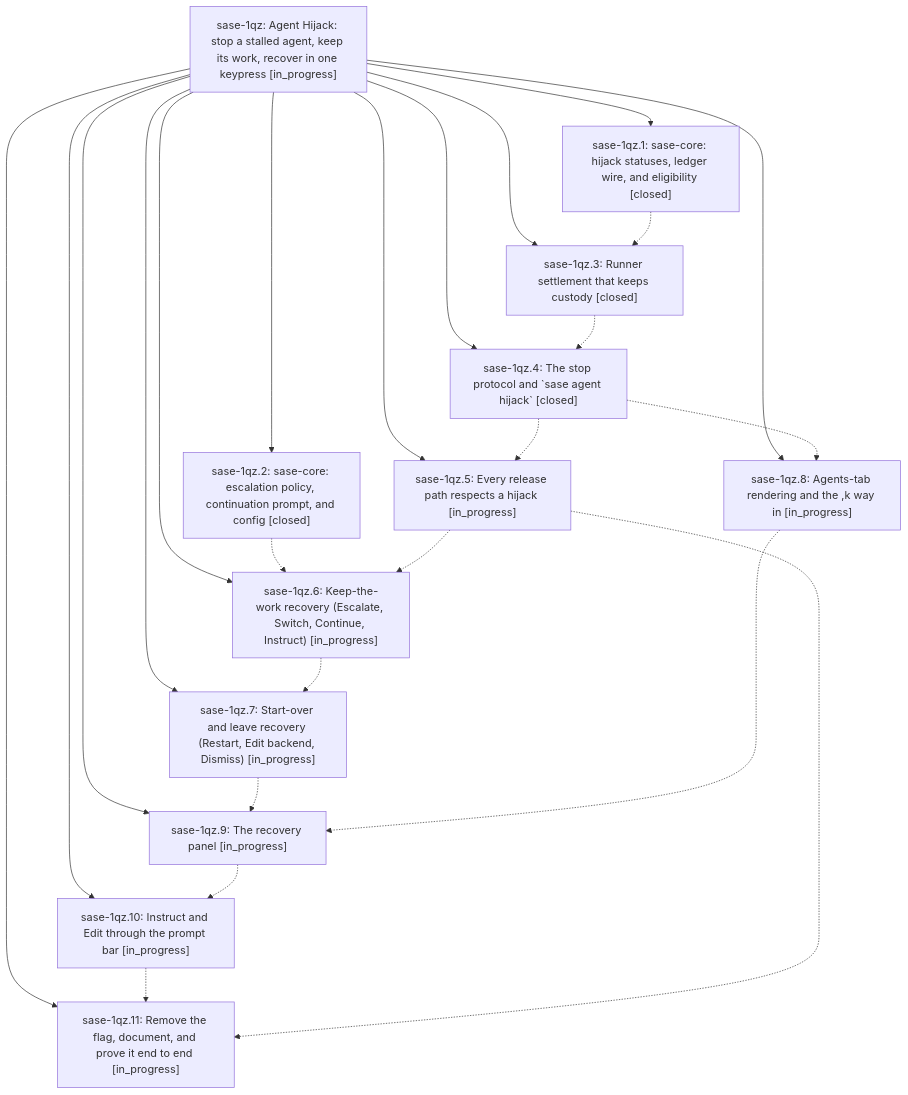
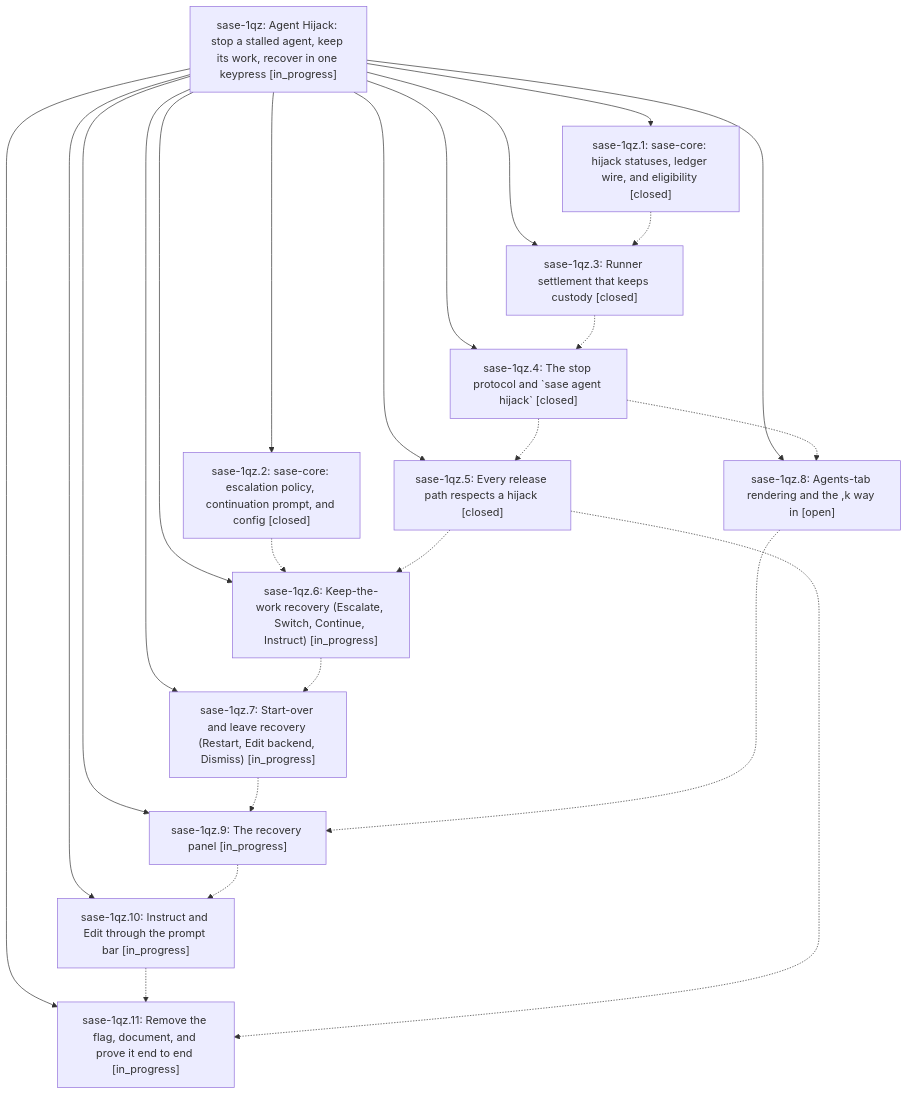
One commit to sase-org/sase--beads changed the diagram in pages/sase-1qz/README.md. Above: the diagram before and after it, drawn with Mermaid. The commit also changed other lines of this file and 6 other files, not shown here.

````diff
--- a/pages/sase-1qz/README.md
+++ b/pages/sase-1qz/README.md
@@ -32,38 +32,38 @@
 ```mermaid
 flowchart TD
     n0["sase-1qz: Agent Hijack: stop a stalled agent, keep its work, recover in one keypress [in_progress]"]
     n1["sase-1qz.1: sase-core: hijack statuses, ledger wire, and eligibility [closed]"]
     n2["sase-1qz.10: Instruct and Edit through the prompt bar [in_progress]"]
     n3["sase-1qz.11: Remove the flag, document, and prove it end to end [in_progress]"]
     n4["sase-1qz.2: sase-core: escalation policy, continuation prompt, and config [closed]"]
     n5["sase-1qz.3: Runner settlement that keeps custody [closed]"]
     n6["sase-1qz.4: The stop protocol and `sase agent hijack` [closed]"]
-    n7["sase-1qz.5: Every release path respects a hijack [in_progress]"]
+    n7["sase-1qz.5: Every release path respects a hijack [closed]"]
     n8["sase-1qz.6: Keep-the-work recovery (Escalate, Switch, Continue, Instruct) [in_progress]"]
     n9["sase-1qz.7: Start-over and leave recovery (Restart, Edit backend, Dismiss) [in_progress]"]
-    n10["sase-1qz.8: Agents-tab rendering and the ,k way in [in_progress]"]
+    n10["sase-1qz.8: Agents-tab rendering and the ,k way in [open]"]
     n11["sase-1qz.9: The recovery panel [in_progress]"]
     n0 --> n1
     n0 --> n2
     n0 --> n3
     n0 --> n4
     n0 --> n5
     n0 --> n6
     n0 --> n7
     n0 --> n8
     n0 --> n9
     n0 --> n10
     n0 --> n11
     n1 -.-> n5
     n2 -.-> n3
     n4 -.-> n8
     n5 -.-> n6
     n6 -.-> n7
     n6 -.-> n10
     n7 -.-> n3
     n7 -.-> n8
     n8 -.-> n9
     n9 -.-> n11
     n10 -.-> n11
     n11 -.-> n2
 ```
````
